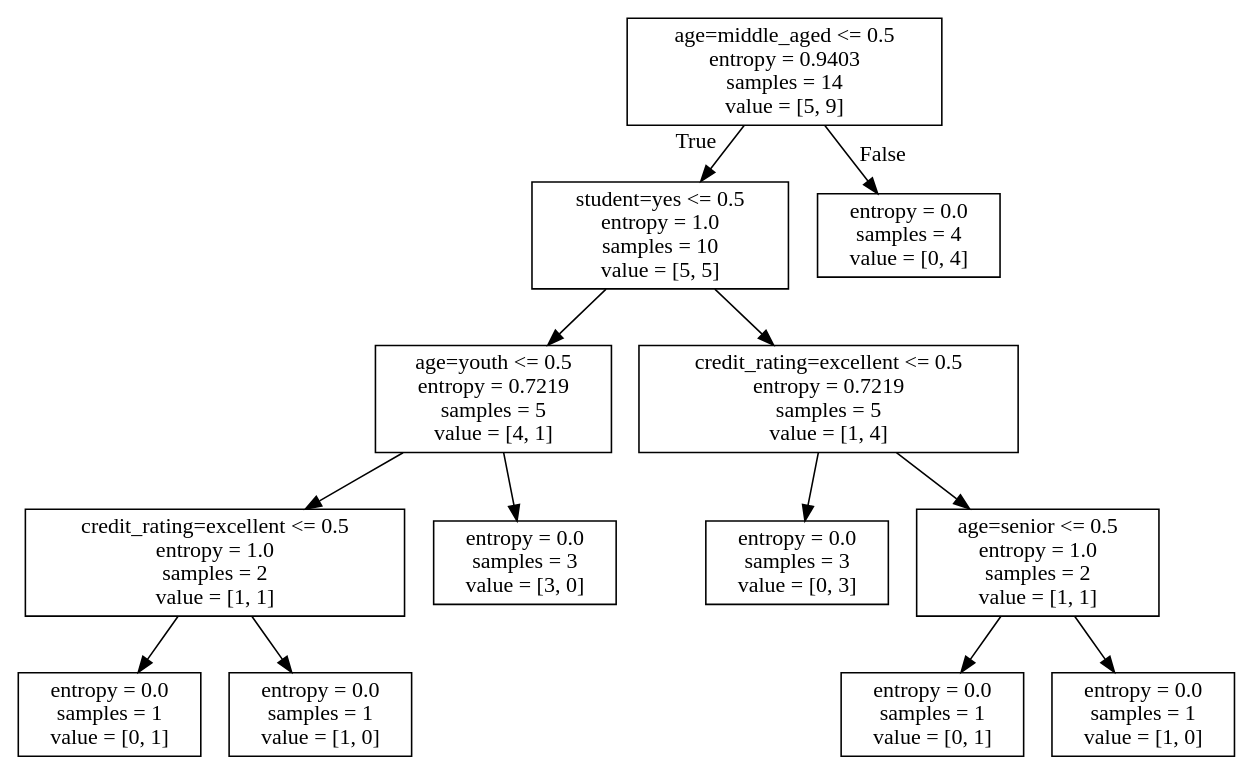
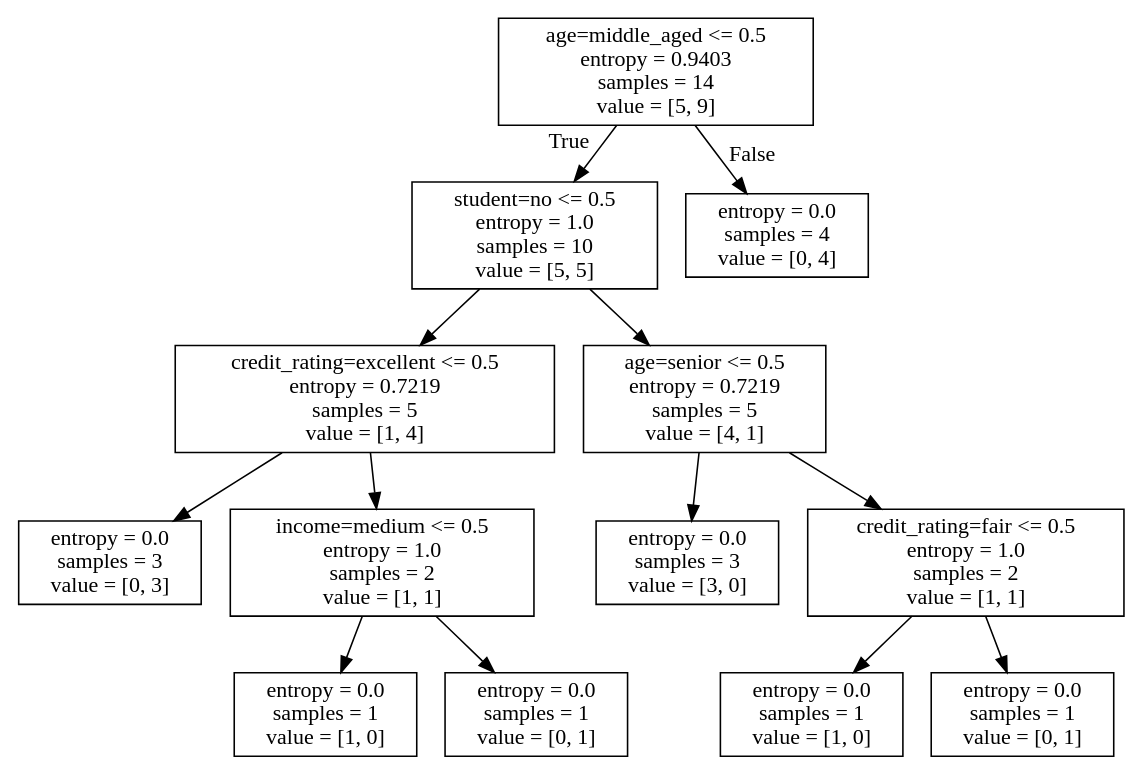
The diagram in DecisionTree/src/decisiontree/allElectronicInformationGain.dot (zhuyuuyuhz/PydevProject), drawn with Graphviz before and after one commit. The commit also changed 1 other file, not shown here.

Commit message:
add Graphviz Model

```diff
--- a/DecisionTree/src/decisiontree/allElectronicInformationGain.dot
+++ b/DecisionTree/src/decisiontree/allElectronicInformationGain.dot
@@ -1,28 +1,28 @@
 digraph Tree {
 node [shape=box] ;
 0 [label="age=middle_aged <= 0.5\nentropy = 0.9403\nsamples = 14\nvalue = [5, 9]"] ;
-1 [label="student=yes <= 0.5\nentropy = 1.0\nsamples = 10\nvalue = [5, 5]"] ;
+1 [label="student=no <= 0.5\nentropy = 1.0\nsamples = 10\nvalue = [5, 5]"] ;
 0 -> 1 [labeldistance=2.5, labelangle=45, headlabel="True"] ;
-2 [label="age=youth <= 0.5\nentropy = 0.7219\nsamples = 5\nvalue = [4, 1]"] ;
+2 [label="credit_rating=excellent <= 0.5\nentropy = 0.7219\nsamples = 5\nvalue = [1, 4]"] ;
 1 -> 2 ;
-3 [label="credit_rating=excellent <= 0.5\nentropy = 1.0\nsamples = 2\nvalue = [1, 1]"] ;
+3 [label="entropy = 0.0\nsamples = 3\nvalue = [0, 3]"] ;
 2 -> 3 ;
-4 [label="entropy = 0.0\nsamples = 1\nvalue = [0, 1]"] ;
-3 -> 4 ;
+4 [label="income=medium <= 0.5\nentropy = 1.0\nsamples = 2\nvalue = [1, 1]"] ;
+2 -> 4 ;
 5 [label="entropy = 0.0\nsamples = 1\nvalue = [1, 0]"] ;
-3 -> 5 ;
-6 [label="entropy = 0.0\nsamples = 3\nvalue = [3, 0]"] ;
-2 -> 6 ;
-7 [label="credit_rating=excellent <= 0.5\nentropy = 0.7219\nsamples = 5\nvalue = [1, 4]"] ;
+4 -> 5 ;
+6 [label="entropy = 0.0\nsamples = 1\nvalue = [0, 1]"] ;
+4 -> 6 ;
+7 [label="age=senior <= 0.5\nentropy = 0.7219\nsamples = 5\nvalue = [4, 1]"] ;
 1 -> 7 ;
-8 [label="entropy = 0.0\nsamples = 3\nvalue = [0, 3]"] ;
+8 [label="entropy = 0.0\nsamples = 3\nvalue = [3, 0]"] ;
 7 -> 8 ;
-9 [label="age=senior <= 0.5\nentropy = 1.0\nsamples = 2\nvalue = [1, 1]"] ;
+9 [label="credit_rating=fair <= 0.5\nentropy = 1.0\nsamples = 2\nvalue = [1, 1]"] ;
 7 -> 9 ;
-10 [label="entropy = 0.0\nsamples = 1\nvalue = [0, 1]"] ;
+10 [label="entropy = 0.0\nsamples = 1\nvalue = [1, 0]"] ;
 9 -> 10 ;
-11 [label="entropy = 0.0\nsamples = 1\nvalue = [1, 0]"] ;
+11 [label="entropy = 0.0\nsamples = 1\nvalue = [0, 1]"] ;
 9 -> 11 ;
 12 [label="entropy = 0.0\nsamples = 4\nvalue = [0, 4]"] ;
 0 -> 12 [labeldistance=2.5, labelangle=-45, headlabel="False"] ;
 }
```
